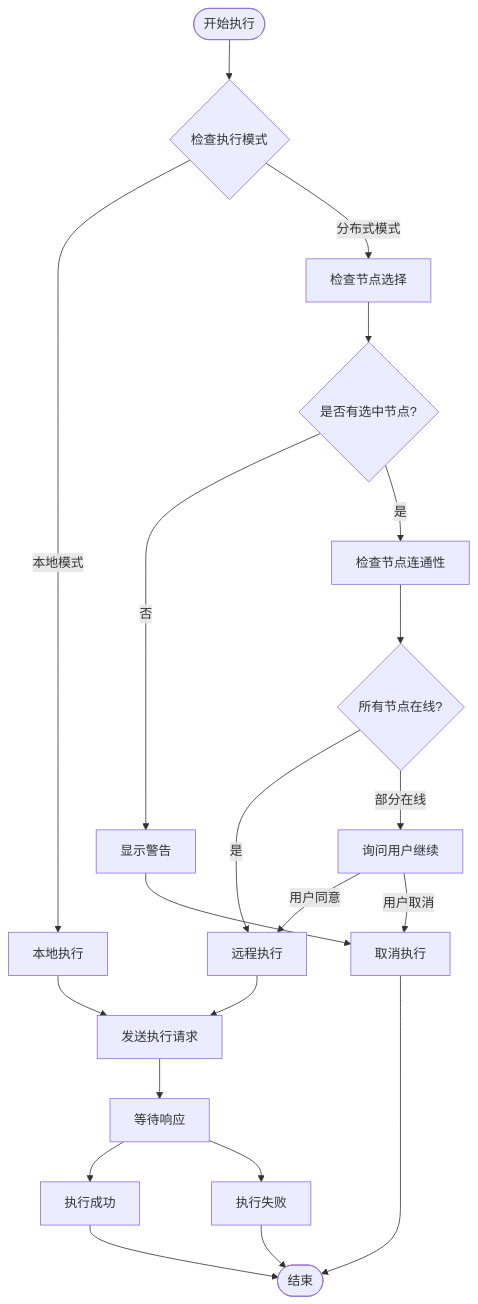
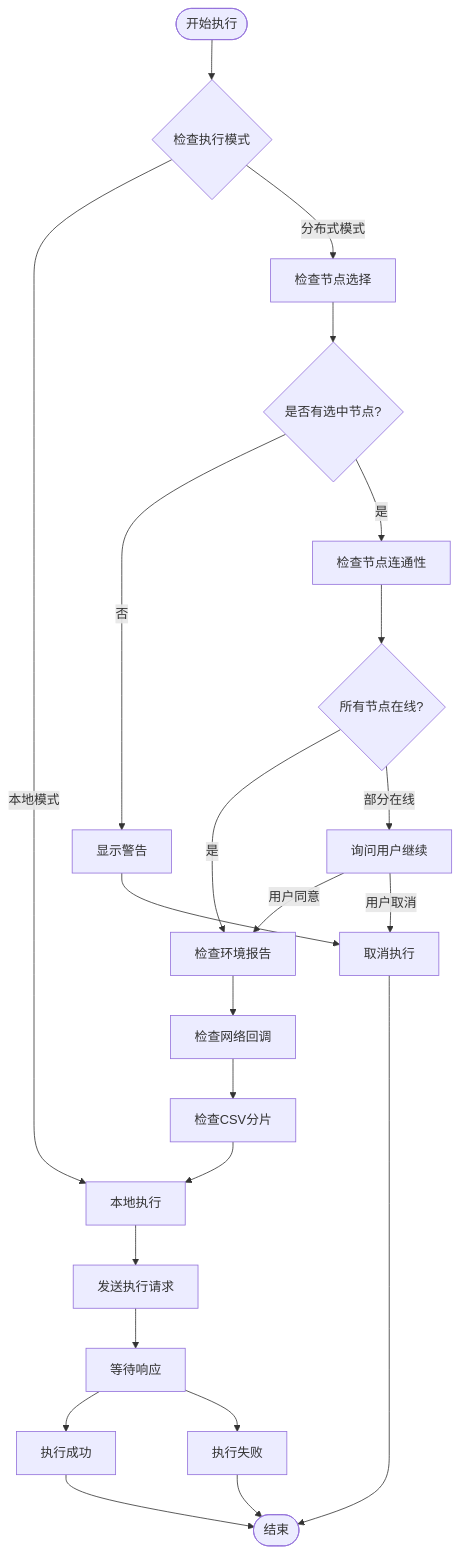
Before and after one commit to Liyuhao02/Jmeter-Admin: the eighth of 10 diagrams in .qoder/repowiki/zh/content/前端组件详解/执行对话框组件.md, drawn with Mermaid. The commit also changed other lines of this file and 7 other files, not shown here.

````diff
--- a/.qoder/repowiki/zh/content/前端组件详解/执行对话框组件.md
+++ b/.qoder/repowiki/zh/content/前端组件详解/执行对话框组件.md
@@ -232,23 +430,25 @@
 ```mermaid
 flowchart TD
 Start([开始执行]) --> CheckMode{检查执行模式}
 CheckMode --> |本地模式| LocalExecute[本地执行]
 CheckMode --> |分布式模式| CheckNodes[检查节点选择]
 CheckNodes --> HasSelected{是否有选中节点?}
 HasSelected --> |否| ShowWarning[显示警告]
 HasSelected --> |是| CheckConnectivity[检查节点连通性]
 CheckConnectivity --> AllOnline{所有节点在线?}
-AllOnline --> |是| RemoteExecute[远程执行]
+AllOnline --> |是| CheckEnvironment[检查环境报告]
 AllOnline --> |部分在线| AskUser[询问用户继续]
-AskUser --> |用户同意| RemoteExecute
+AskUser --> |用户同意| CheckEnvironment
 AskUser --> |用户取消| CancelExecute[取消执行]
+CheckEnvironment --> CheckCallback[检查网络回调]
+CheckCallback --> CheckCSV[检查CSV分片]
+CheckCSV --> LocalExecute
+ShowWarning --> CancelExecute
 LocalExecute --> SendRequest[发送执行请求]
-RemoteExecute --> SendRequest
-ShowWarning --> CancelExecute
 SendRequest --> WaitResponse[等待响应]
 WaitResponse --> Success[执行成功]
 WaitResponse --> Error[执行失败]
 CancelExecute --> End([结束])
 Success --> End
 Error --> End
 ```
````
